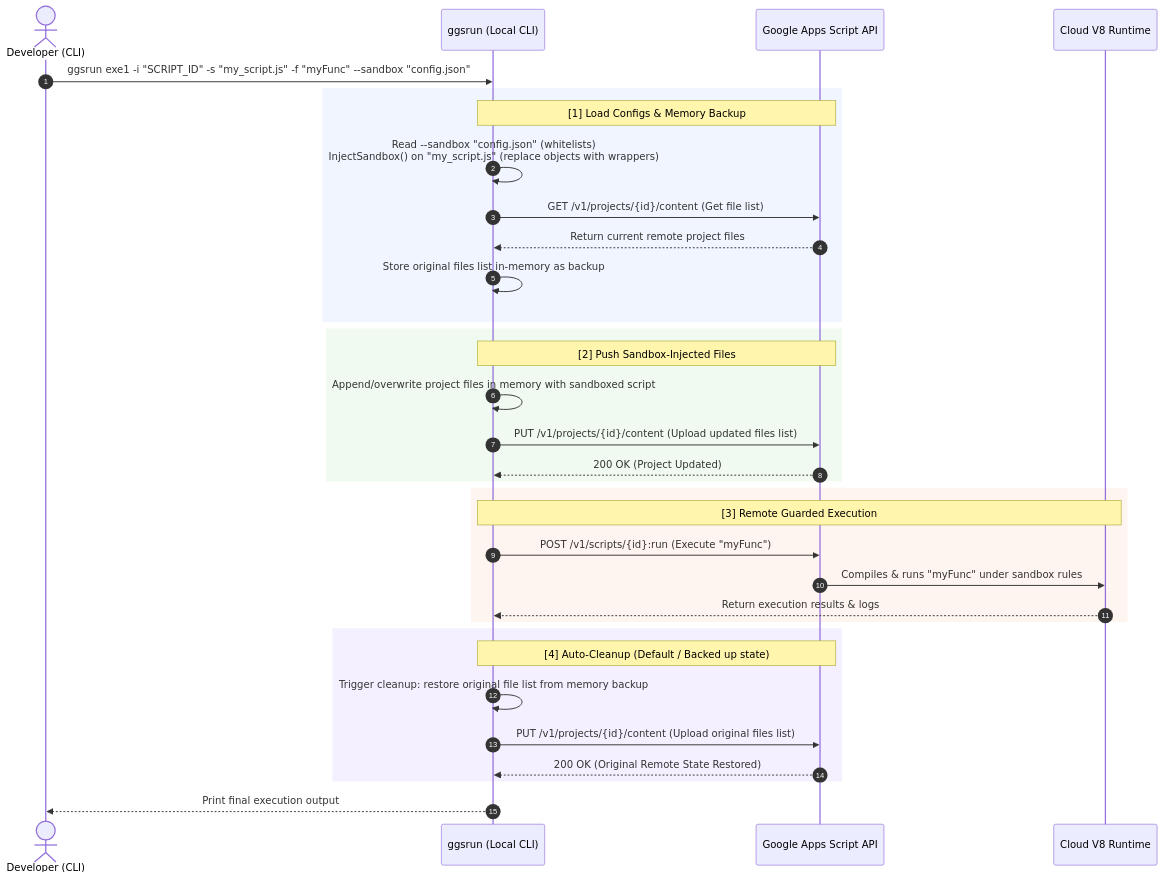
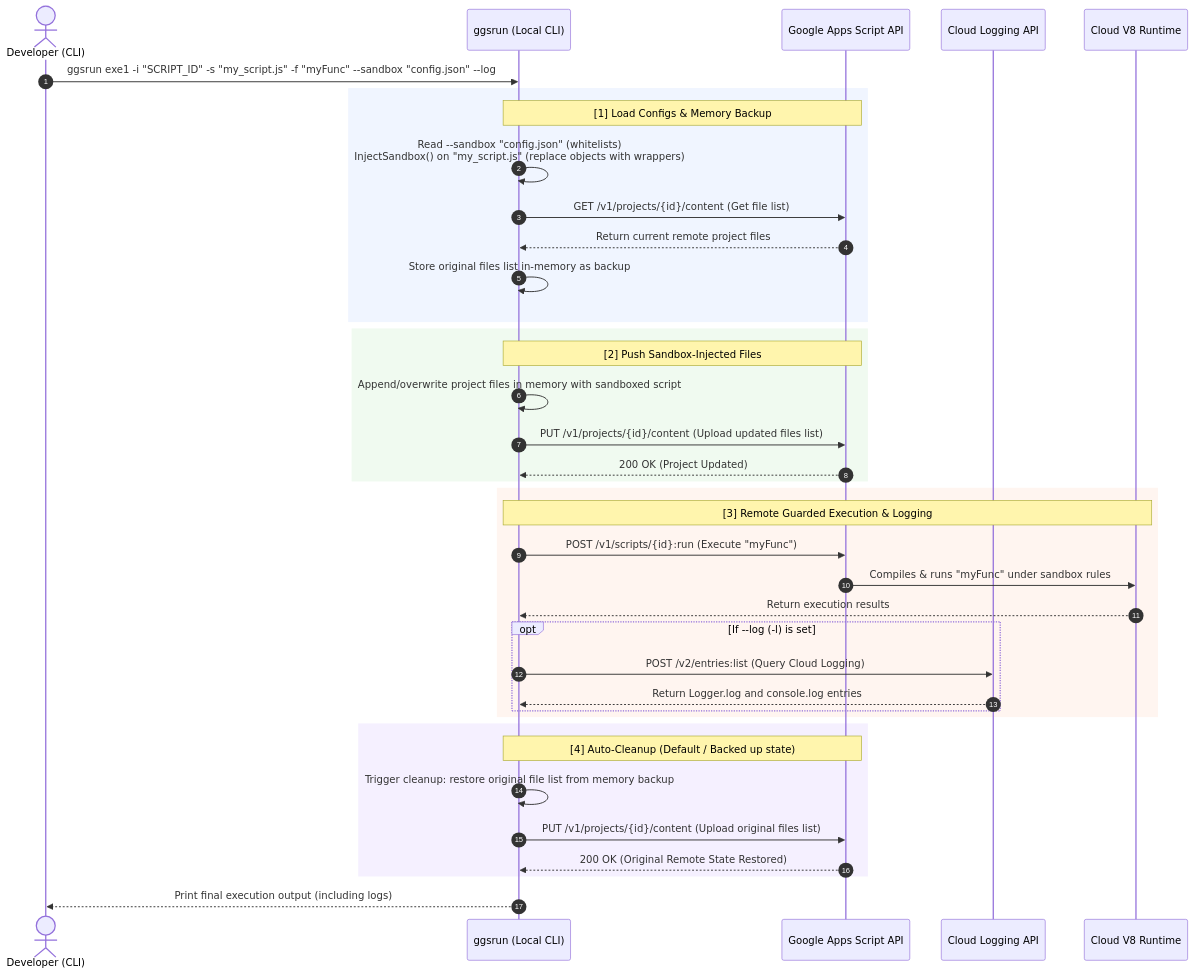
The first of 3 diagrams in docs/commands_reference.md (tanaikech/ggsrun), drawn with Mermaid before and after one commit. The commit also changed other lines of this file and 14 other files, not shown here.

Commit message:
Release v5.3.11: Opt-in logging, clock-drift immunity, TUI async log rendering, and MCP schema updates

````diff
--- a/docs/commands_reference.md
+++ b/docs/commands_reference.md
@@ -105,41 +107,46 @@
 ```mermaid
 sequenceDiagram
     autonumber
     actor Dev as Developer (CLI)
     participant CLI as ggsrun (Local CLI)
     participant API as Google Apps Script API
+    participant Logs as Cloud Logging API
     participant V8 as Cloud V8 Runtime
 
-    Dev->>CLI: ggsrun exe1 -i "SCRIPT_ID" -s "my_script.js" -f "myFunc" --sandbox "config.json"
+    Dev->>CLI: ggsrun exe1 -i "SCRIPT_ID" -s "my_script.js" -f "myFunc" --sandbox "config.json" --log
 
     rect rgb(240, 245, 255)
         note over CLI, API: [1] Load Configs & Memory Backup
         CLI->>CLI: Read --sandbox "config.json" (whitelists)<br/>InjectSandbox() on "my_script.js" (replace objects with wrappers)
         CLI->>API: GET /v1/projects/{id}/content (Get file list)
         API-->>CLI: Return current remote project files
         CLI->>CLI: Store original files list in-memory as backup
     end
 
     rect rgb(240, 250, 240)
         note over CLI, API: [2] Push Sandbox-Injected Files
         CLI->>CLI: Append/overwrite project files in memory with sandboxed script
         CLI->>API: PUT /v1/projects/{id}/content (Upload updated files list)
         API-->>CLI: 200 OK (Project Updated)
     end
 
     rect rgb(255, 245, 240)
-        note over CLI, V8: [3] Remote Guarded Execution
+        note over CLI, V8: [3] Remote Guarded Execution & Logging
         CLI->>API: POST /v1/scripts/{id}:run (Execute "myFunc")
         API->>V8: Compiles & runs "myFunc" under sandbox rules
-        V8-->>CLI: Return execution results & logs
+        V8-->>CLI: Return execution results
+        opt If --log (-l) is set
+            CLI->>Logs: POST /v2/entries:list (Query Cloud Logging)
+            Logs-->>CLI: Return Logger.log and console.log entries
+        end
     end
 
     rect rgb(245, 240, 255)
         note over CLI, API: [4] Auto-Cleanup (Default / Backed up state)
         CLI->>CLI: Trigger cleanup: restore original file list from memory backup
         CLI->>API: PUT /v1/projects/{id}/content (Upload original files list)
         API-->>CLI: 200 OK (Original Remote State Restored)
     end
 
-    CLI-->>Dev: Print final execution output
+    CLI-->>Dev: Print final execution output (including logs)
 ```
````
